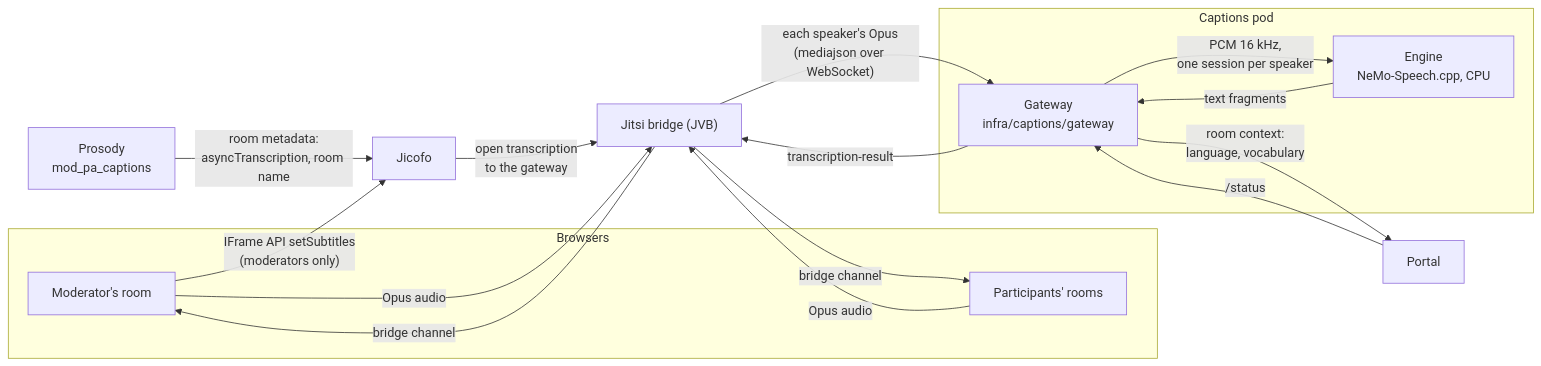
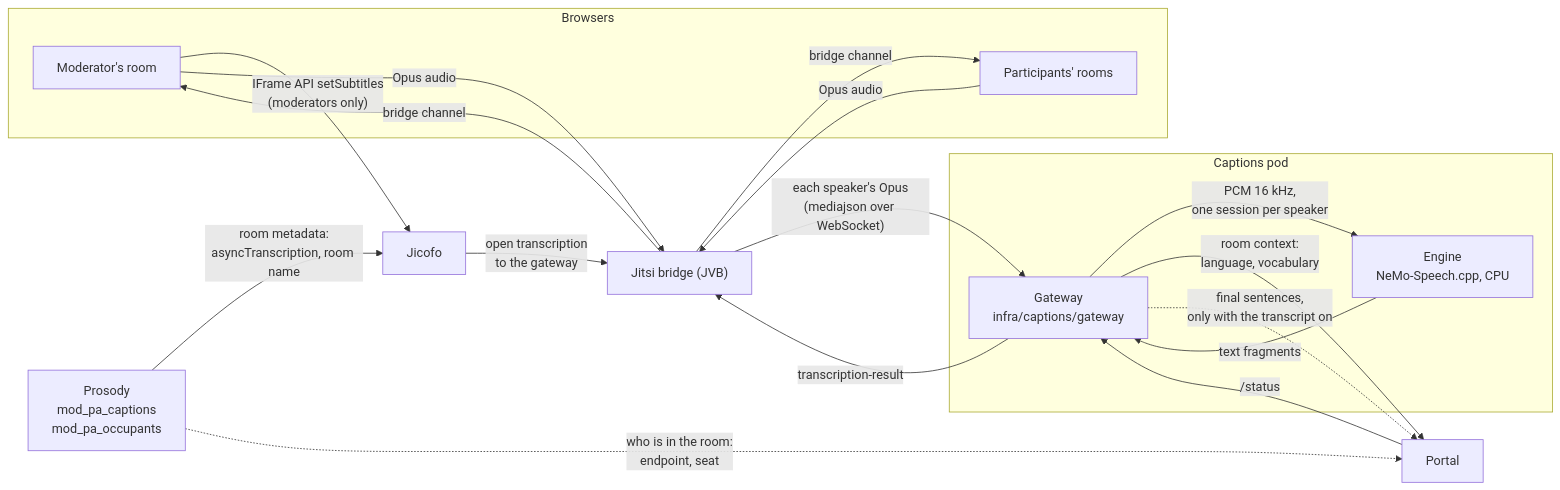
Before and after one commit to italia/pa-webinar: the first of 2 diagrams in docs/architecture/live-captions.md, drawn with Mermaid. The commit also changed other lines of this file and 31 other files, not shown here.

````diff
--- a/docs/architecture/live-captions.md
+++ b/docs/architecture/live-captions.md
@@ -9,29 +9,31 @@
 ```mermaid
 flowchart LR
     subgraph Browsers
       M["Moderator's room"]
       P["Participants' rooms"]
     end
     JVB["Jitsi bridge (JVB)"]
     JIC["Jicofo"]
-    PROS["Prosody<br/>mod_pa_captions"]
+    PROS["Prosody<br/>mod_pa_captions<br/>mod_pa_occupants"]
     subgraph Captions["Captions pod"]
       GW["Gateway<br/>infra/captions/gateway"]
       EN["Engine<br/>NeMo-Speech.cpp, CPU"]
     end
     APP["Portal"]
 
     PROS -->|"room metadata:<br/>asyncTranscription, room name"| JIC
     M -->|"IFrame API setSubtitles<br/>(moderators only)"| JIC
     JIC -->|"open transcription<br/>to the gateway"| JVB
     M -->|"Opus audio"| JVB
     P -->|"Opus audio"| JVB
     JVB -->|"each speaker's Opus<br/>(mediajson over WebSocket)"| GW
     GW -->|"PCM 16 kHz,<br/>one session per speaker"| EN
     EN -->|"text fragments"| GW
     GW -->|"transcription-result"| JVB
     JVB -->|"bridge channel"| M
     JVB -->|"bridge channel"| P
     GW -->|"room context:<br/>language, vocabulary"| APP
     APP -->|"/status"| GW
+    PROS -.->|"who is in the room:<br/>endpoint, seat"| APP
+    GW -.->|"final sentences,<br/>only with the transcript on"| APP
 ```
````
